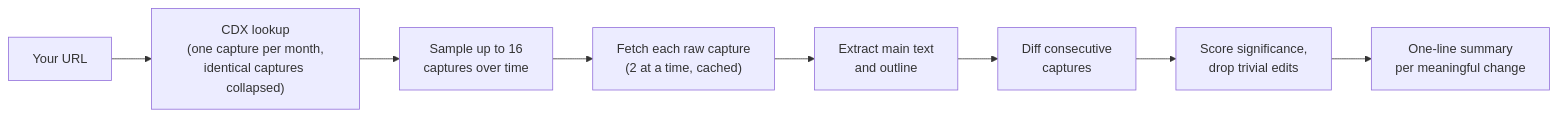
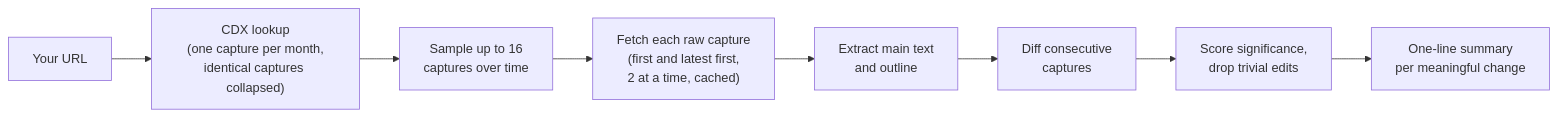
One commit to geekplux/pagelapse changed the diagram in README.md. Above: the diagram before and after it, drawn with Mermaid. The commit also changed other lines of this file and 14 other files, not shown here.

````diff
--- a/README.md
+++ b/README.md
@@ -39,10 +39,10 @@
 ```mermaid
 flowchart LR
   A[Your URL] --> B["CDX lookup<br/>(one capture per month,<br/>identical captures collapsed)"]
   B --> C["Sample up to 16<br/>captures over time"]
-  C --> D["Fetch each raw capture<br/>(2 at a time, cached)"]
+  C --> D["Fetch each raw capture<br/>(first and latest first,<br/>2 at a time, cached)"]
   D --> E["Extract main text<br/>and outline"]
   E --> F["Diff consecutive<br/>captures"]
   F --> G["Score significance,<br/>drop trivial edits"]
   G --> H["One-line summary<br/>per meaningful change"]
 ```
````
